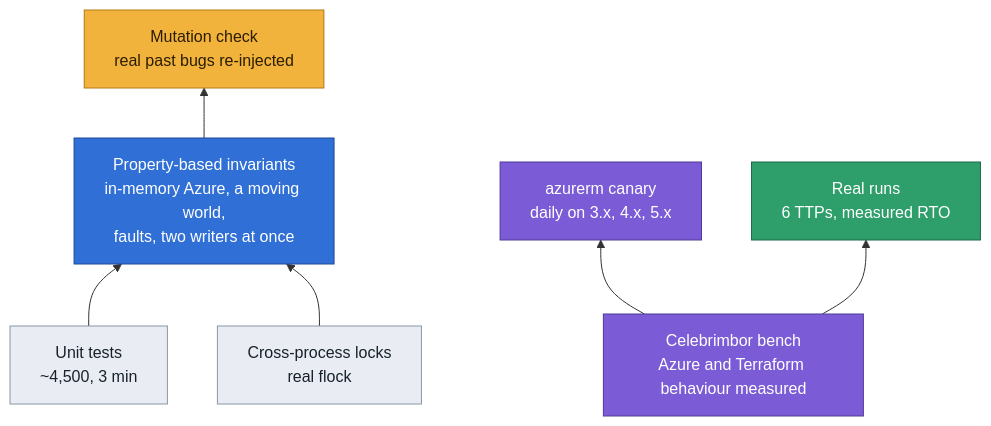
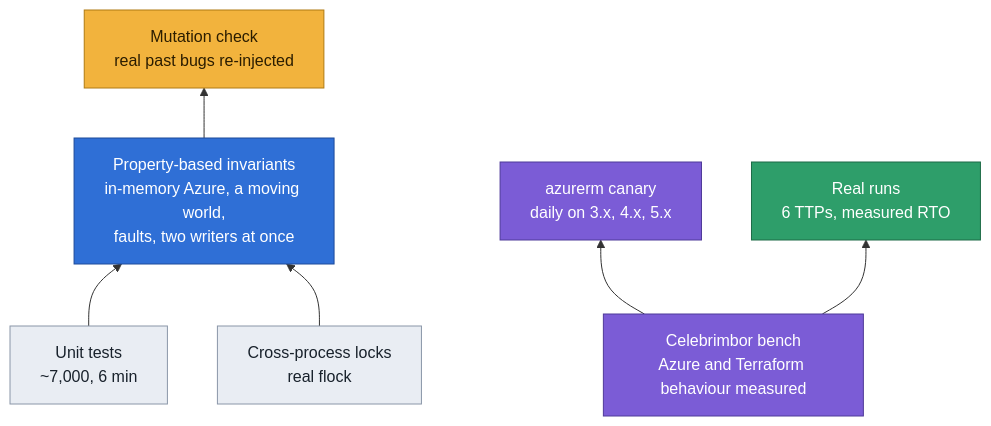
One commit to Vanyar53/eregion changed the third of 3 diagrams in README.md. Above: the diagram before and after it, drawn with Mermaid. The commit also changed other lines of this file, not shown here.

Commit message:
docs(readme): la taille de la suite, ~7,000 tests en six minutes environ — 4 534 fonctions de test dépassaient le « ~4,500 » annoncé (test_readme)

````diff
--- a/README.md
+++ b/README.md
@@ -820,24 +820,24 @@
 ```mermaid
 flowchart BT
-    U["Unit tests<br/>~4,500, 3 min"]
+    U["Unit tests<br/>~7,000, 6 min"]
     I["Property-based invariants<br/>in-memory Azure, a moving world,<br/>faults, two writers at once"]
     M["Mutation check<br/>real past bugs re-injected"]
     L["Cross-process locks<br/>real flock"]
     B["Celebrimbor bench<br/>Azure and Terraform behaviour measured"]
     C["azurerm canary<br/>daily on 3.x, 4.x, 5.x"]
     R["Real runs<br/>6 TTPs, measured RTO"]
     U --> I --> M
     L --> I
     B --> C
     B --> R
     classDef data fill:#e9edf3,stroke:#8a96a8,color:#18212b
     classDef blue fill:#2f6fd6,stroke:#1d4a9a,color:#ffffff
     classDef guard fill:#f2b33d,stroke:#b07a12,color:#2b1d00
     classDef azure fill:#7b5cd6,stroke:#4f3a99,color:#ffffff
     classDef human fill:#2e9e6a,stroke:#1d6b47,color:#ffffff
     class U,L data
     class I blue
     class M guard
     class B,C azure
     class R human
 ```
````
